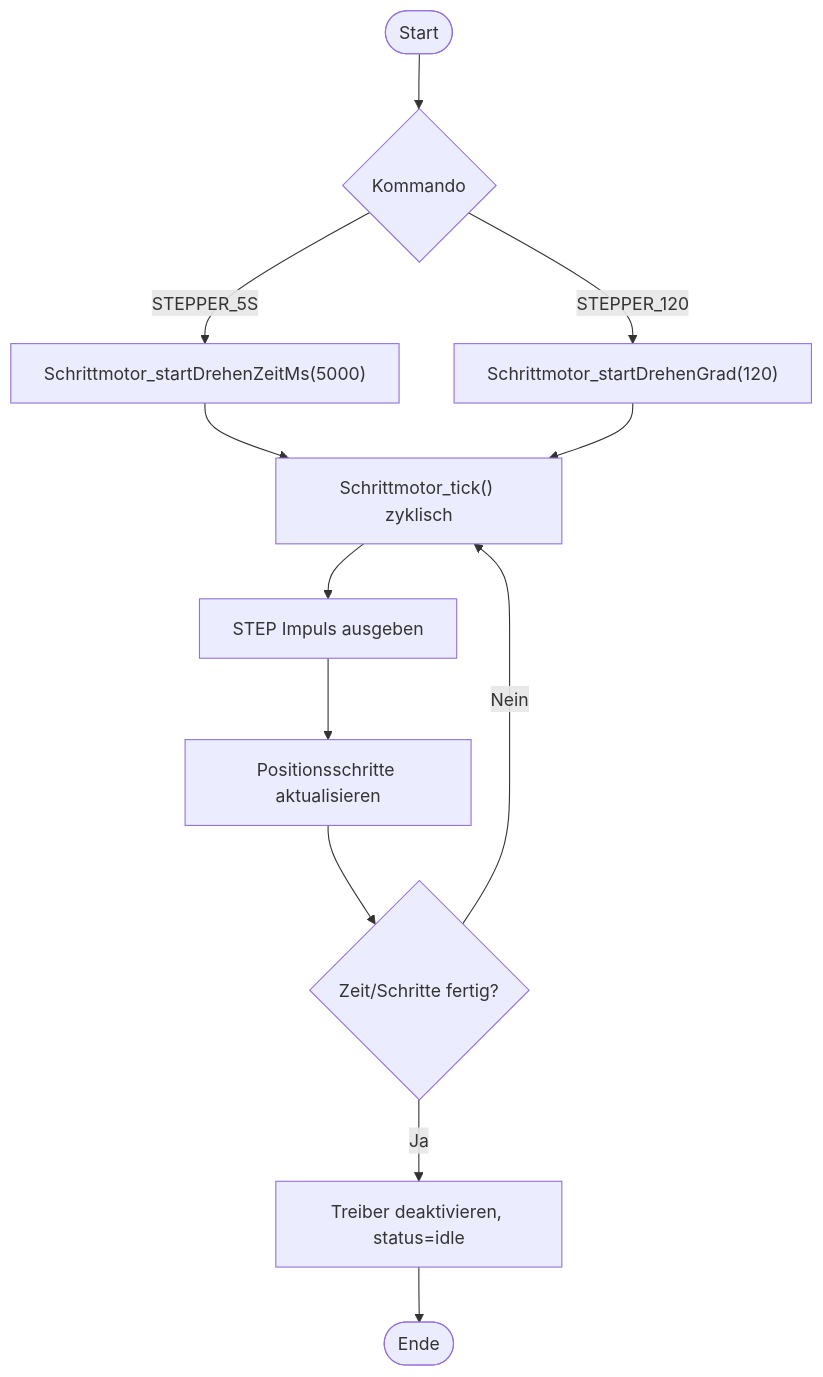
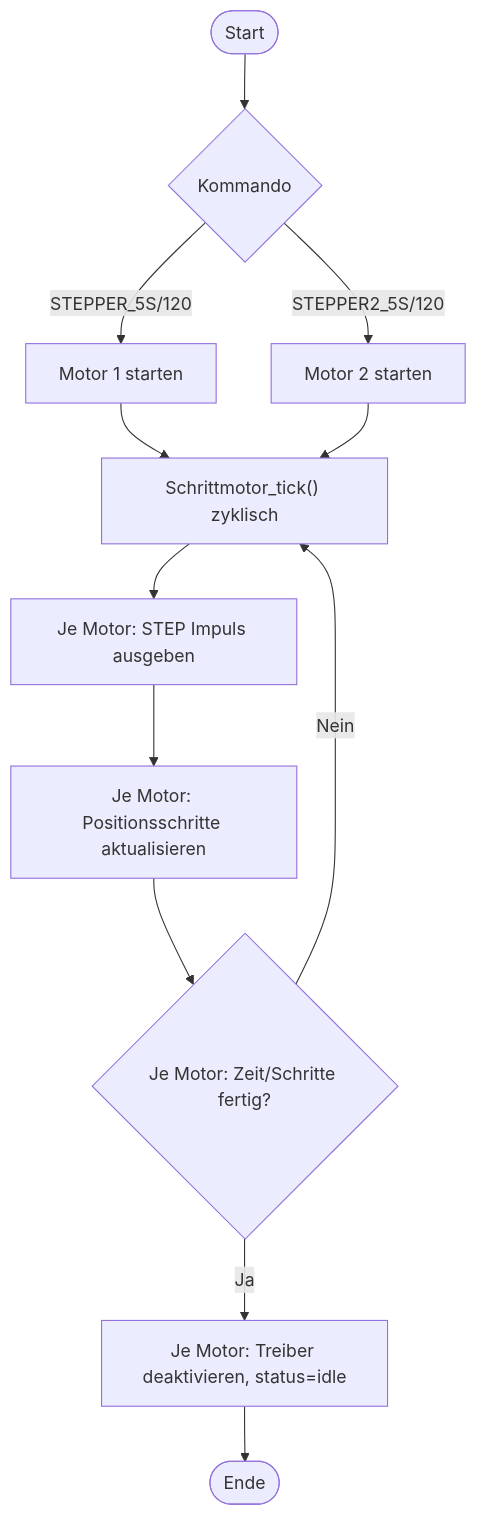
One commit to HerrnDK/Projekt changed diagram 20 of 22 in PROJEKT_ARCHITEKTUR_PLAN.md. Above: the diagram before and after it, drawn with Mermaid. The commit also changed other lines of this file and 15 other files, not shown here.

````diff
--- a/PROJEKT_ARCHITEKTUR_PLAN.md
+++ b/PROJEKT_ARCHITEKTUR_PLAN.md
@@ -350,14 +363,14 @@
 ```mermaid
 flowchart TD
   S([Start]) --> C0{"Kommando"}
-  C0 -- STEPPER_5S --> A0["Schrittmotor_startDrehenZeitMs(5000)"]
-  C0 -- STEPPER_120 --> A1["Schrittmotor_startDrehenGrad(120)"]
+  C0 -- STEPPER_5S/120 --> A0["Motor 1 starten"]
+  C0 -- STEPPER2_5S/120 --> A1["Motor 2 starten"]
   A0 --> T0["Schrittmotor_tick() zyklisch"]
   A1 --> T0
-  T0 --> P0["STEP Impuls ausgeben"]
-  P0 --> U0["Positionsschritte aktualisieren"]
-  U0 --> E0{"Zeit/Schritte fertig?"}
+  T0 --> P0["Je Motor: STEP Impuls ausgeben"]
+  P0 --> U0["Je Motor: Positionsschritte aktualisieren"]
+  U0 --> E0{"Je Motor: Zeit/Schritte fertig?"}
   E0 -- Nein --> T0
-  E0 -- Ja --> X0["Treiber deaktivieren, status=idle"]
+  E0 -- Ja --> X0["Je Motor: Treiber deaktivieren, status=idle"]
   X0 --> E([Ende])
 ```
````
